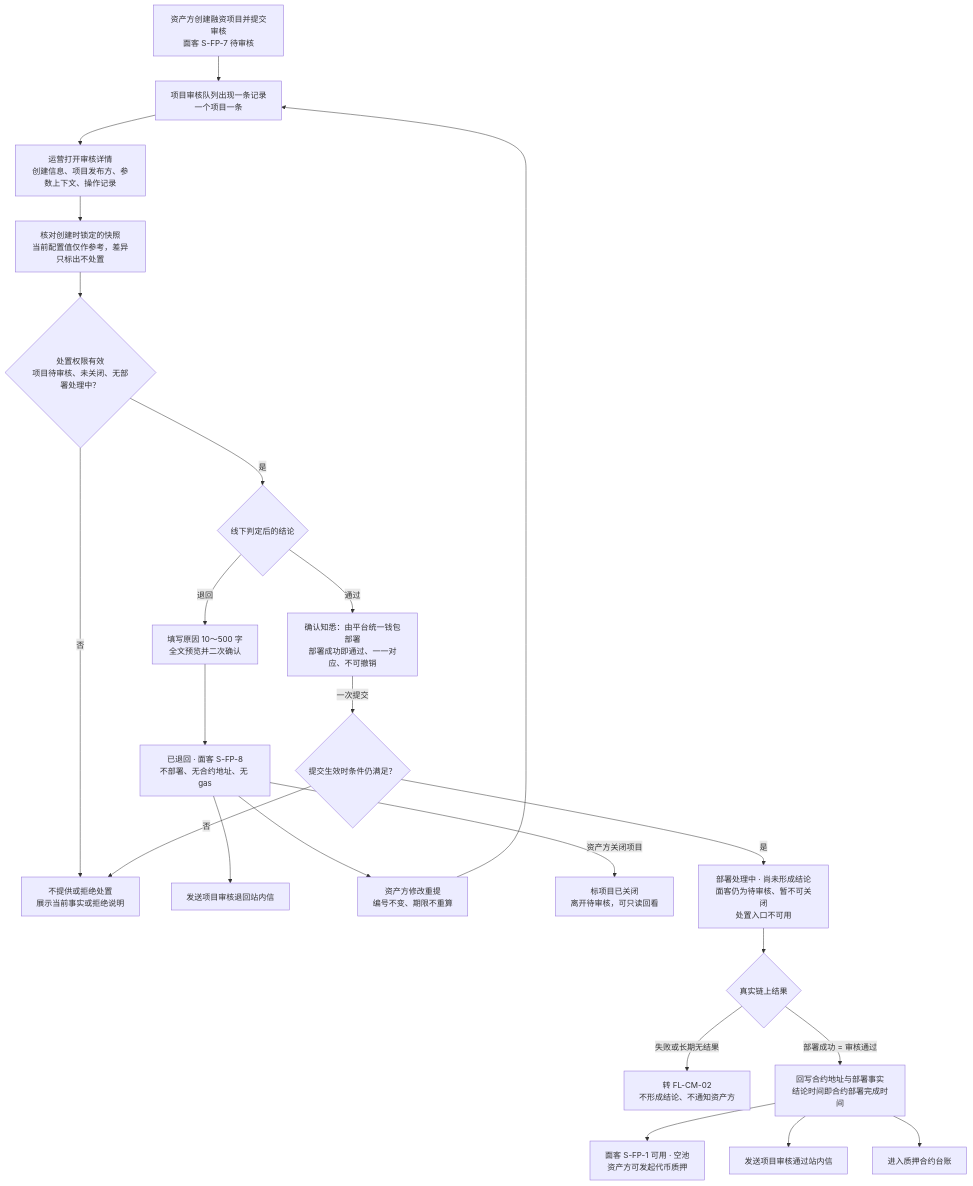
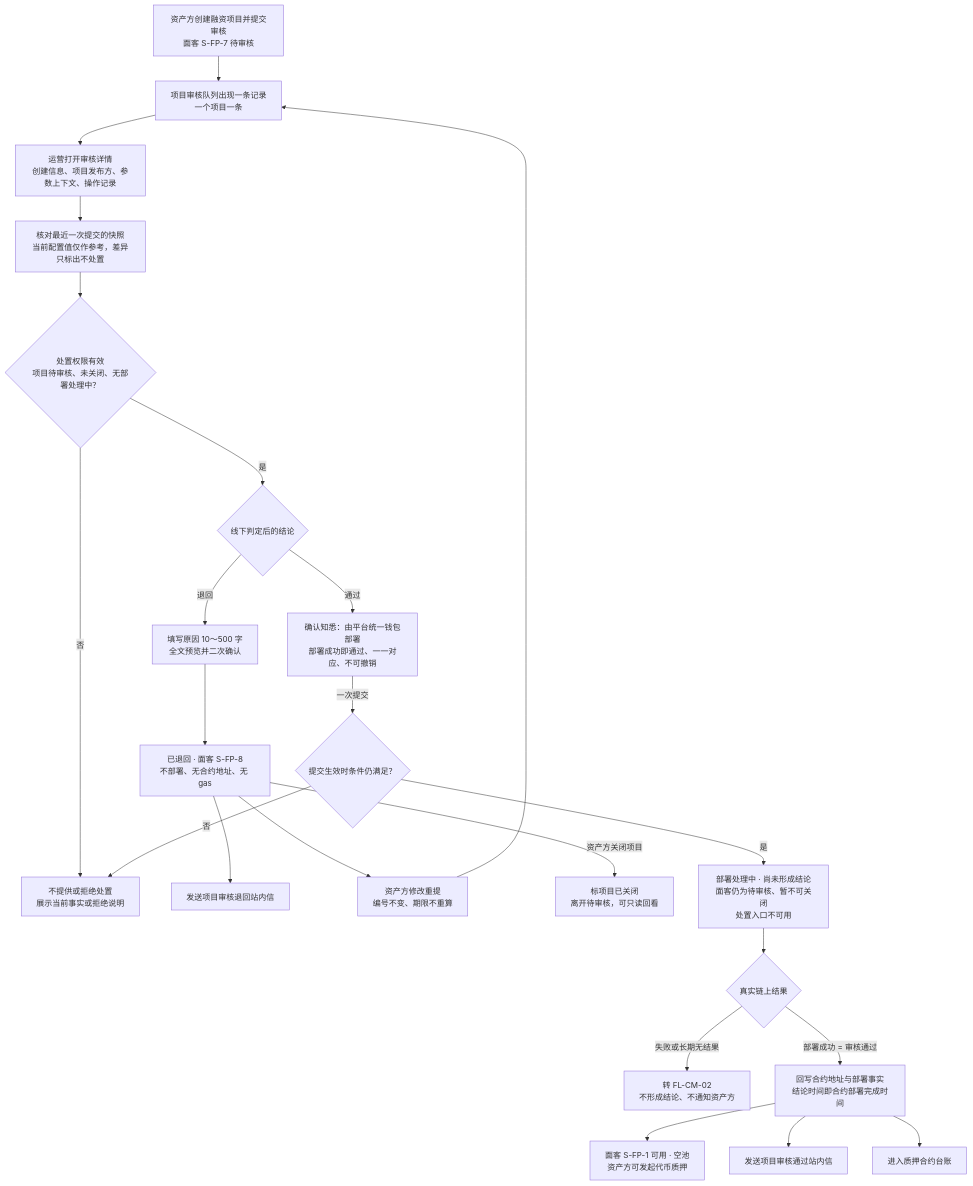
Before and after one commit to wxblockchain/Chain-Financing: the first of 5 diagrams in lending-platform/PRD/运营端/04-运营端项目合约管理/02-运营端项目合约管理-流程图与状态机.md, drawn with Mermaid. The commit also changed 9 other files, not shown here.

````diff
--- a/lending-platform/PRD/运营端/04-运营端项目合约管理/02-运营端项目合约管理-流程图与状态机.md
+++ b/lending-platform/PRD/运营端/04-运营端项目合约管理/02-运营端项目合约管理-流程图与状态机.md
@@ -19,25 +19,25 @@
 ```mermaid
 flowchart TD
   A0["资产方创建融资项目并提交审核<br/>面客 S-FP-7 待审核"] --> A1["项目审核队列出现一条记录<br/>一个项目一条"]
   A1 --> A2["运营打开审核详情<br/>创建信息、项目发布方、参数上下文、操作记录"]
-  A2 --> A3["核对创建时锁定的快照<br/>当前配置值仅作参考，差异只标出不处置"]
+  A2 --> A3["核对最近一次提交的快照<br/>当前配置值仅作参考，差异只标出不处置"]
   A3 --> A5{"处置权限有效<br/>项目待审核、未关闭、无部署处理中？"}
   A5 -- "否" --> A6["不提供或拒绝处置<br/>展示当前事实或拒绝说明"]
   A5 -- "是" --> A7{"线下判定后的结论"}
   A7 -- "退回" --> B1["填写原因 10～500 字<br/>全文预览并二次确认"]
   B1 --> B2["已退回 · 面客 S-FP-8<br/>不部署、无合约地址、无 gas"]
   B2 --> B3["发送项目审核退回站内信"]
   B2 --> B4["资产方修改重提<br/>编号不变、期限不重算"]
   B4 --> A1
   B2 -- "资产方关闭项目" --> B5["标项目已关闭<br/>离开待审核，可只读回看"]
   A7 -- "通过" --> C1["确认知悉：由平台统一钱包部署<br/>部署成功即通过、一一对应、不可撤销"]
   C1 -- "一次提交" --> C2{"提交生效时条件仍满足？"}
   C2 -- "否" --> A6
   C2 -- "是" --> C3["部署处理中 · 尚未形成结论<br/>面客仍为待审核、暂不可关闭<br/>处置入口不可用"]
   C3 --> C5{"真实链上结果"}
   C5 -- "失败或长期无结果" --> C6["转 FL-CM-02<br/>不形成结论、不通知资产方"]
   C5 -- "部署成功 = 审核通过" --> D1["回写合约地址与部署事实<br/>结论时间即合约部署完成时间"]
   D1 --> D2["面客 S-FP-1 可用 · 空池<br/>资产方可发起代币质押"]
   D1 --> D3["发送项目审核通过站内信"]
   D1 --> D4["进入质押合约台账"]
 ```
````
